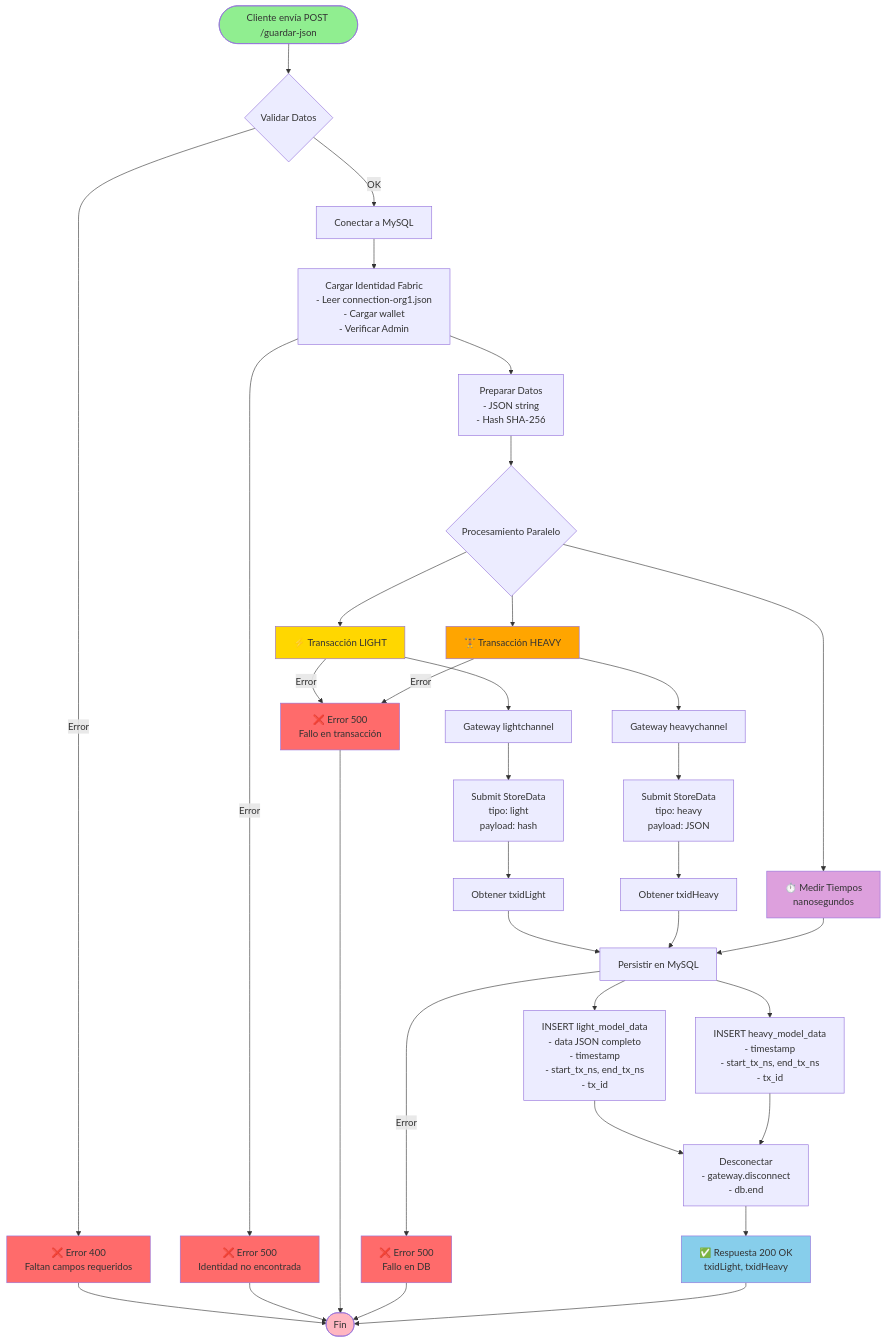
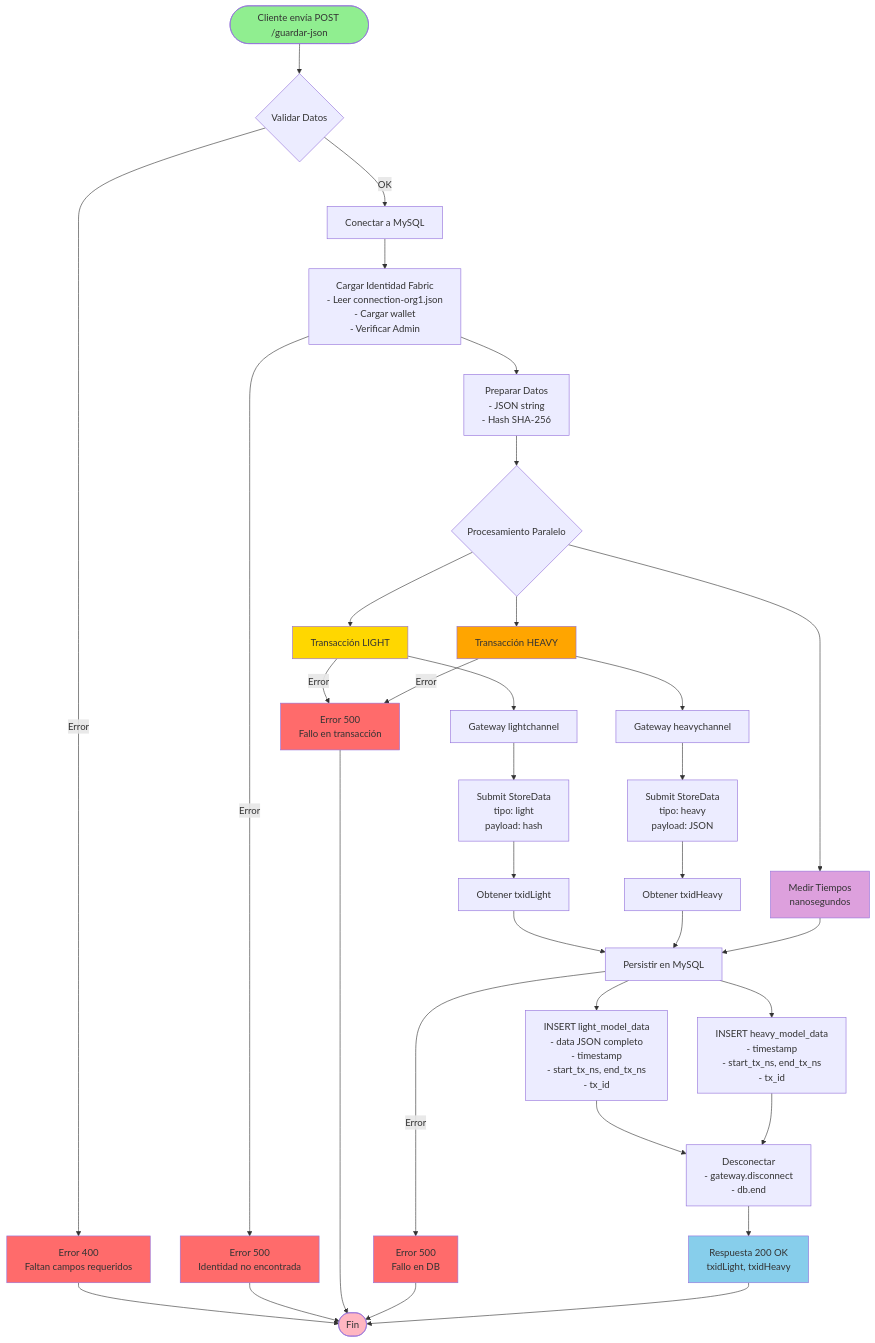
The diagram in docs/mermaid/flujo-guardar-datos.mmd (GSYAtools/blockchain-api), drawn with Mermaid before and after one commit. The commit also changed other lines of this file and 18 other files, not shown here.

First line of the commit message:
Update architecture and flow diagrams in docs

```diff
--- a/docs/mermaid/flujo-guardar-datos.mmd
+++ b/docs/mermaid/flujo-guardar-datos.mmd
@@ -1,59 +1,59 @@
 %%{init: {'theme':'default'}}%%
 flowchart TD
     Start([Cliente envía POST /guardar-json]) --> Validate{Validar Datos}
     
-    Validate -->|Error| Error400[❌ Error 400<br/>Faltan campos requeridos]
+    Validate -->|Error| Error400[Error 400<br/>Faltan campos requeridos]
     Validate -->|OK| ConnectDB[Conectar a MySQL]
     
     ConnectDB --> LoadIdentity[Cargar Identidad Fabric<br/>- Leer connection-org1.json<br/>- Cargar wallet<br/>- Verificar Admin]
     
     LoadIdentity --> PrepareData[Preparar Datos<br/>- JSON string<br/>- Hash SHA-256]
     
     PrepareData --> Parallel{Procesamiento Paralelo}
     
-    Parallel --> TxLight[⚡ Transacción LIGHT]
-    Parallel --> TxHeavy[🏋️ Transacción HEAVY]
-    Parallel --> MeasureTime[⏱️ Medir Tiempos<br/>nanosegundos]
+    Parallel --> TxLight[Transacción LIGHT]
+    Parallel --> TxHeavy[Transacción HEAVY]
+    Parallel --> MeasureTime[Medir Tiempos<br/>nanosegundos]
     
     TxLight --> LightGW[Gateway lightchannel]
     LightGW --> LightSubmit[Submit StoreData<br/>tipo: light<br/>payload: hash]
     LightSubmit --> LightTxID[Obtener txidLight]
     
     TxHeavy --> HeavyGW[Gateway heavychannel]
     HeavyGW --> HeavySubmit[Submit StoreData<br/>tipo: heavy<br/>payload: JSON]
     HeavySubmit --> HeavyTxID[Obtener txidHeavy]
     
     LightTxID --> Persist[Persistir en MySQL]
     HeavyTxID --> Persist
     MeasureTime --> Persist
     
     Persist --> InsertLight[INSERT light_model_data<br/>- data JSON completo<br/>- timestamp<br/>- start_tx_ns, end_tx_ns<br/>- tx_id]
     
     Persist --> InsertHeavy[INSERT heavy_model_data<br/>- timestamp<br/>- start_tx_ns, end_tx_ns<br/>- tx_id]
     
     InsertLight --> Disconnect[Desconectar<br/>- gateway.disconnect<br/>- db.end]
     InsertHeavy --> Disconnect
     
-    Disconnect --> Response[✅ Respuesta 200 OK<br/>txidLight, txidHeavy]
+    Disconnect --> Response[Respuesta 200 OK<br/>txidLight, txidHeavy]
     
-    LoadIdentity -->|Error| Error500[❌ Error 500<br/>Identidad no encontrada]
-    TxLight -->|Error| ErrorTx[❌ Error 500<br/>Fallo en transacción]
+    LoadIdentity -->|Error| Error500[Error 500<br/>Identidad no encontrada]
+    TxLight -->|Error| ErrorTx[Error 500<br/>Fallo en transacción]
     TxHeavy -->|Error| ErrorTx
-    Persist -->|Error| ErrorDB[❌ Error 500<br/>Fallo en DB]
+    Persist -->|Error| ErrorDB[Error 500<br/>Fallo en DB]
     
     Error400 --> End([Fin])
     Error500 --> End
     ErrorTx --> End
     ErrorDB --> End
     Response --> End
     
     style Start fill:#90EE90
     style End fill:#FFB6C1
     style Response fill:#87CEEB
     style Error400 fill:#FF6B6B
     style Error500 fill:#FF6B6B
     style ErrorTx fill:#FF6B6B
     style ErrorDB fill:#FF6B6B
     style TxLight fill:#FFD700
     style TxHeavy fill:#FFA500
     style MeasureTime fill:#DDA0DD
```
